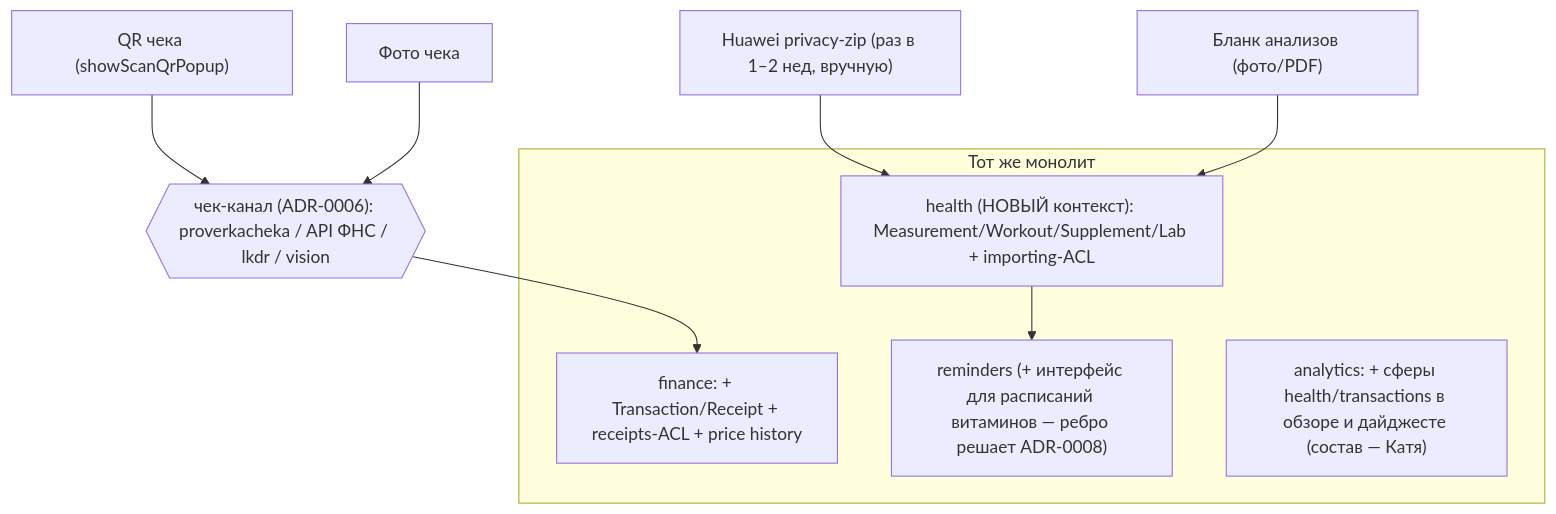
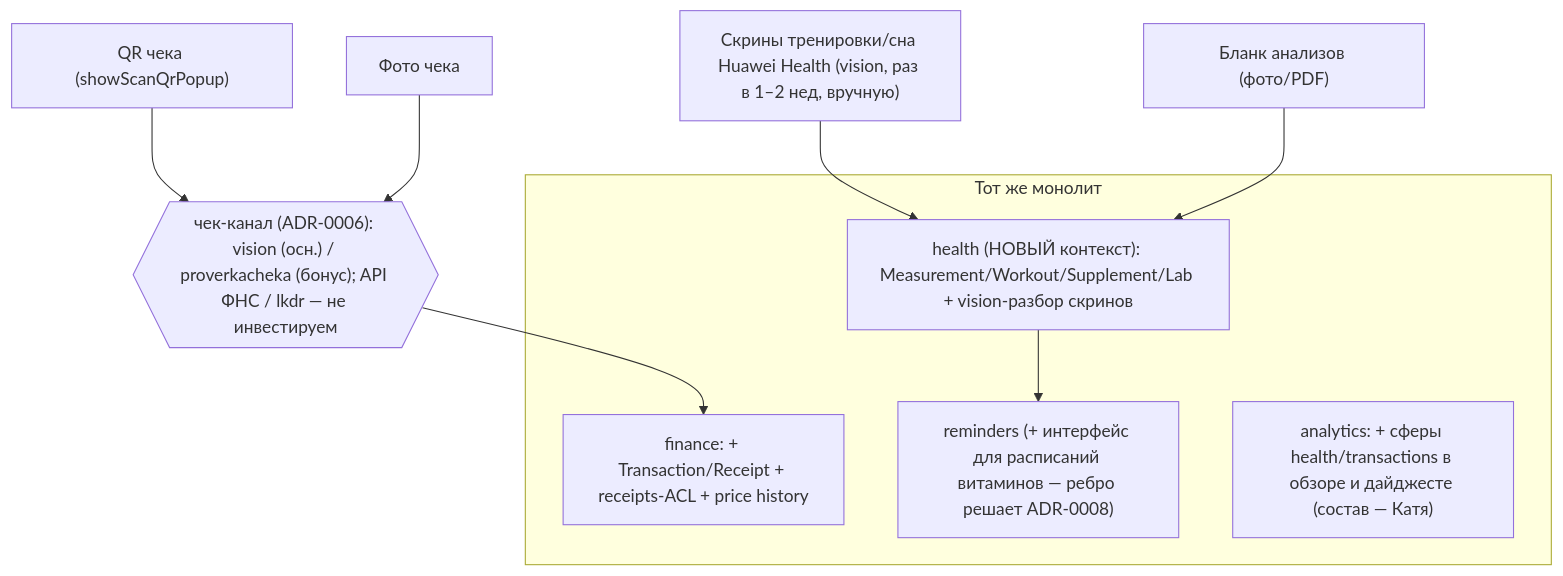
One commit to SkeiLeinux/Assistent_bot changed the second of 3 diagrams in docs/06_program/architecture-evolution.md. Above: the diagram before and after it, drawn with Mermaid. The commit also changed other lines of this file and 43 other files, not shown here.

````diff
--- a/docs/06_program/architecture-evolution.md
+++ b/docs/06_program/architecture-evolution.md
@@ -60,16 +60,16 @@
 ```mermaid
 flowchart TB
   subgraph VPS["Тот же монолит"]
     F2["finance: + Transaction/Receipt + receipts-ACL + price history"]
-    H["health (НОВЫЙ контекст): Measurement/Workout/Supplement/Lab + importing-ACL"]
+    H["health (НОВЫЙ контекст): Measurement/Workout/Supplement/Lab + vision-разбор скринов"]
     R2["reminders (+ интерфейс для расписаний витаминов — ребро решает ADR-0008)"]
     A2["analytics: + сферы health/transactions в обзоре и дайджесте (состав — Катя)"]
   end
 
   QR["QR чека (showScanQrPopup)"] --> CHAN
   PHOTO["Фото чека"] --> CHAN
-  CHAN{{"чек-канал (ADR-0006): proverkacheka / API ФНС / lkdr / vision"}} --> F2
-  HZIP["Huawei privacy-zip (раз в 1–2 нед, вручную)"] --> H
+  CHAN{{"чек-канал (ADR-0006): vision (осн.) / proverkacheka (бонус); API ФНС / lkdr — не инвестируем"}} --> F2
+  HSCR["Скрины тренировки/сна Huawei Health (vision, раз в 1–2 нед, вручную)"] --> H
   LAB["Бланк анализов (фото/PDF)"] --> H
   H --> R2
 ```
````
